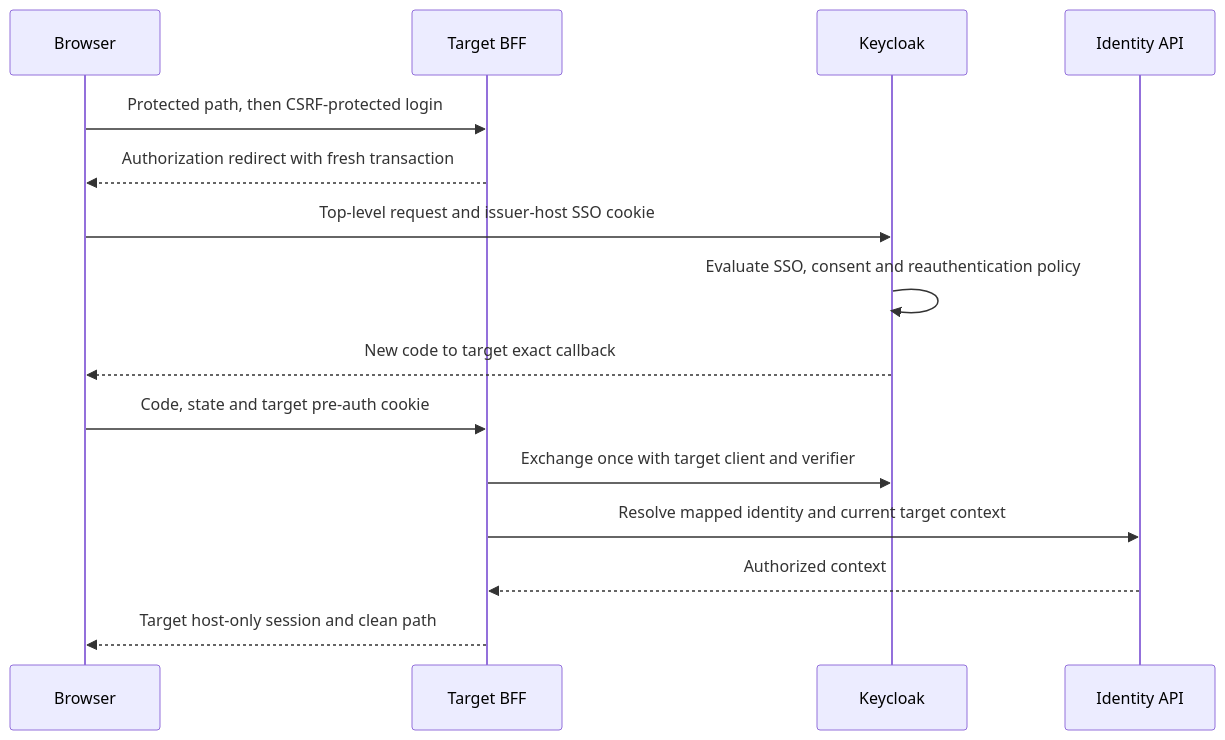
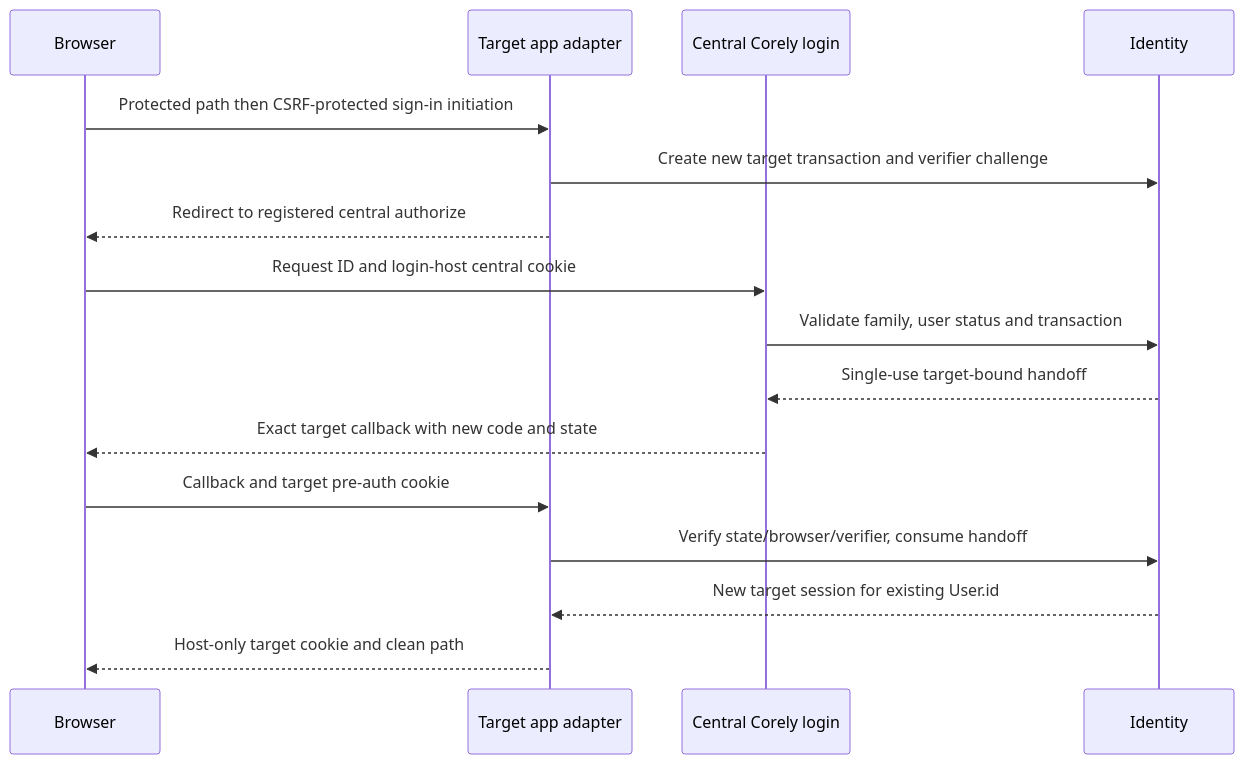
Before and after one commit to Corely-AI/corely: the second of 5 diagrams in docs/decisions/ADR-0004-central-identity-app-sessions.md, drawn with Mermaid. The commit also changed other lines of this file and 2 other files, not shown here.

Commit message:
docs(auth): select Corely-native SSO per maintainer decision

````diff
--- a/docs/decisions/ADR-0004-central-identity-app-sessions.md
+++ b/docs/decisions/ADR-0004-central-identity-app-sessions.md
@@ -211,17 +242,18 @@
 ```mermaid
 sequenceDiagram
     participant Browser
-    participant AppB as Target BFF
-    participant IdP as Keycloak
-    participant API as Identity API
-    Browser->>AppB: Protected path, then CSRF-protected login
-    AppB-->>Browser: Authorization redirect with fresh transaction
-    Browser->>IdP: Top-level request and issuer-host SSO cookie
-    IdP->>IdP: Evaluate SSO, consent and reauthentication policy
-    IdP-->>Browser: New code to target exact callback
-    Browser->>AppB: Code, state and target pre-auth cookie
-    AppB->>IdP: Exchange once with target client and verifier
-    AppB->>API: Resolve mapped identity and current target context
-    API-->>AppB: Authorized context
-    AppB-->>Browser: Target host-only session and clean path
+    participant Target as Target app adapter
+    participant Login as Central Corely login
+    participant Identity
+    Browser->>Target: Protected path then CSRF-protected sign-in initiation
+    Target->>Identity: Create new target transaction and verifier challenge
+    Target-->>Browser: Redirect to registered central authorize
+    Browser->>Login: Request ID and login-host central cookie
+    Login->>Identity: Validate family, user status and transaction
+    Identity-->>Login: Single-use target-bound handoff
+    Login-->>Browser: Exact target callback with new code and state
+    Browser->>Target: Callback and target pre-auth cookie
+    Target->>Identity: Verify state/browser/verifier, consume handoff
+    Identity-->>Target: New target session for existing User.id
+    Target-->>Browser: Host-only target cookie and clean path
 ```
````
